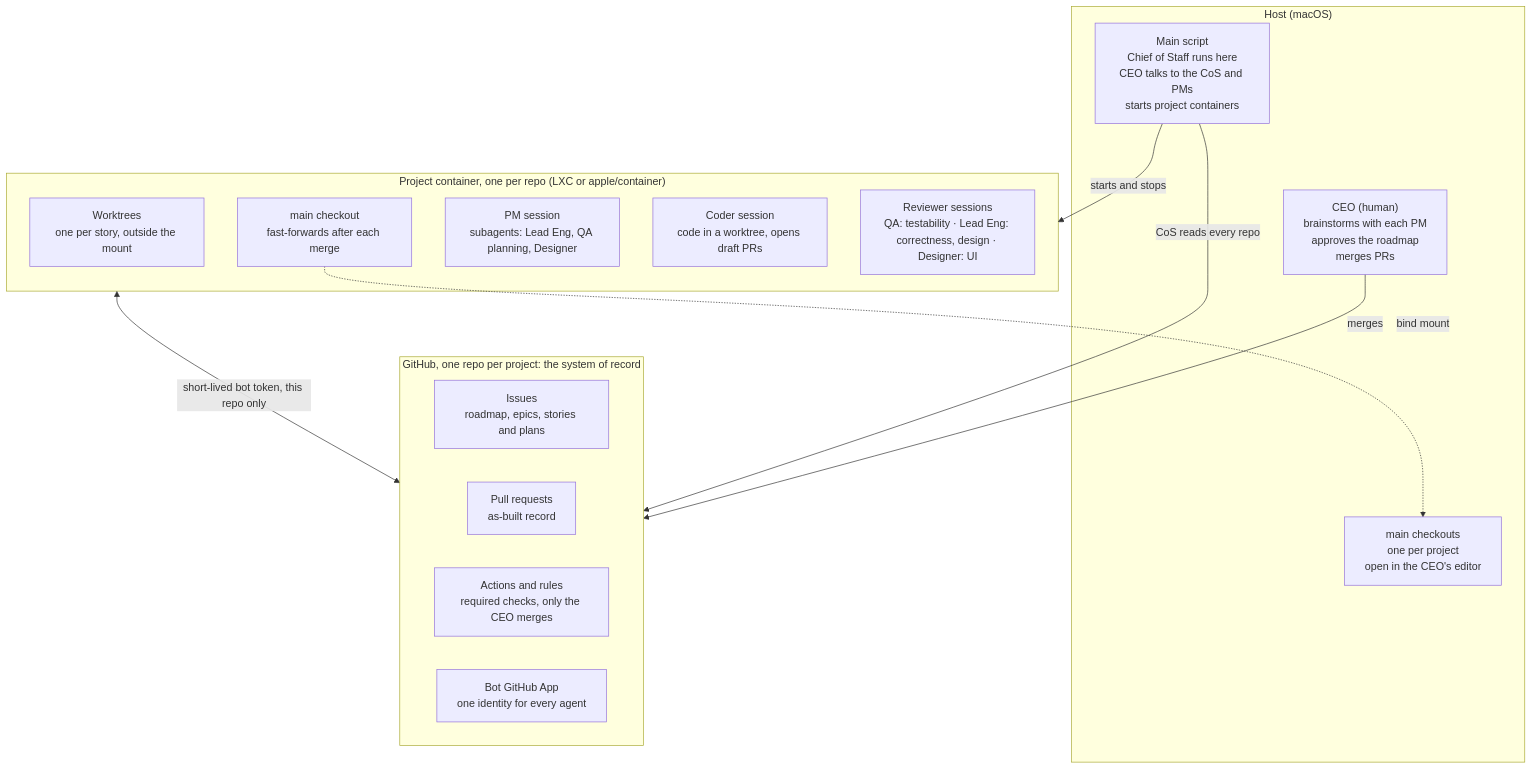
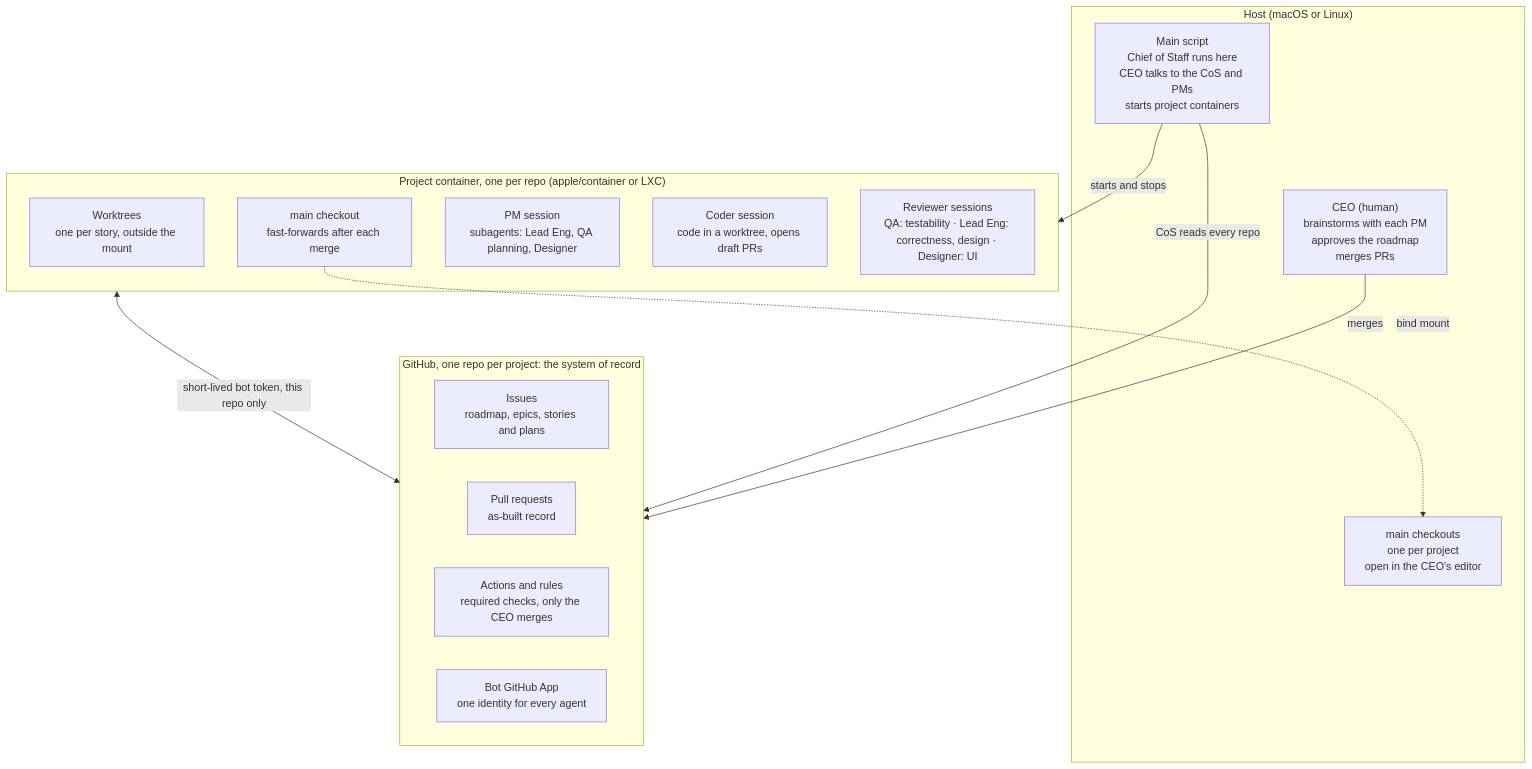
The second of 2 diagrams in docs/product-brief.md (dpeckham/ai-proj-arch), drawn with Mermaid before and after one commit. The commit also changed other lines of this file, not shown here.

````diff
--- a/docs/product-brief.md
+++ b/docs/product-brief.md
@@ -74,26 +74,26 @@
 ```mermaid
 flowchart TB
-    subgraph Host["Host (macOS)"]
+    subgraph Host["Host (macOS or Linux)"]
         S["Main script<br/>Chief of Staff runs here<br/>CEO talks to the CoS and PMs<br/>starts project containers"]
         CEO["CEO (human)<br/>brainstorms with each PM<br/>approves the roadmap<br/>merges PRs"]
         V["main checkouts<br/>one per project<br/>open in the CEO's editor"]
     end
-    subgraph Container["Project container, one per repo (LXC or apple/container)"]
+    subgraph Container["Project container, one per repo (apple/container or LXC)"]
         WT["Worktrees<br/>one per story, outside the mount"]
         MC["main checkout<br/>fast-forwards after each merge"]
         PM["PM session<br/>subagents: Lead Eng, QA planning, Designer"]
         CD["Coder session<br/>code in a worktree, opens draft PRs"]
         RS["Reviewer sessions<br/>QA: testability · Lead Eng: correctness, design · Designer: UI"]
     end
     subgraph GitHub["GitHub, one repo per project: the system of record"]
         I["Issues<br/>roadmap, epics, stories and plans"]
         PR["Pull requests<br/>as-built record"]
         G["Actions and rules<br/>required checks, only the CEO merges"]
         BOT["Bot GitHub App<br/>one identity for every agent"]
     end
     S -- "starts and stops" --> Container
     MC -. "bind mount" .-> V
     Container <-- "short-lived bot token, this repo only" --> GitHub
     S -- "CoS reads every repo" --> GitHub
     CEO -- "merges" --> GitHub
 ```
````
